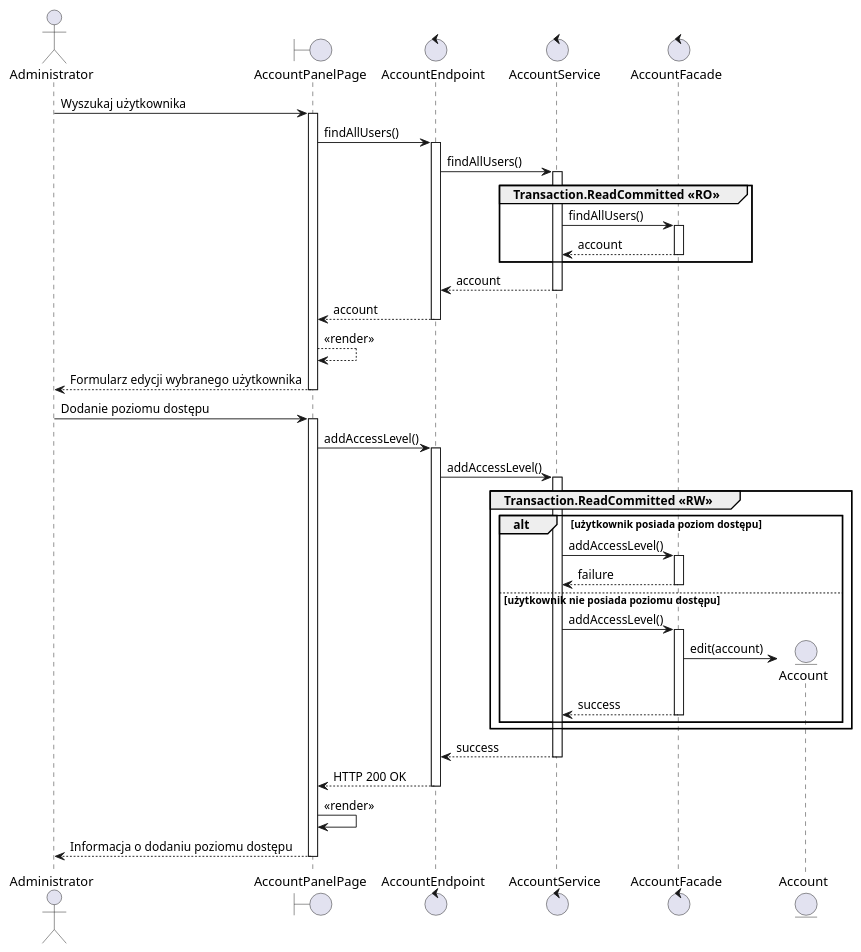
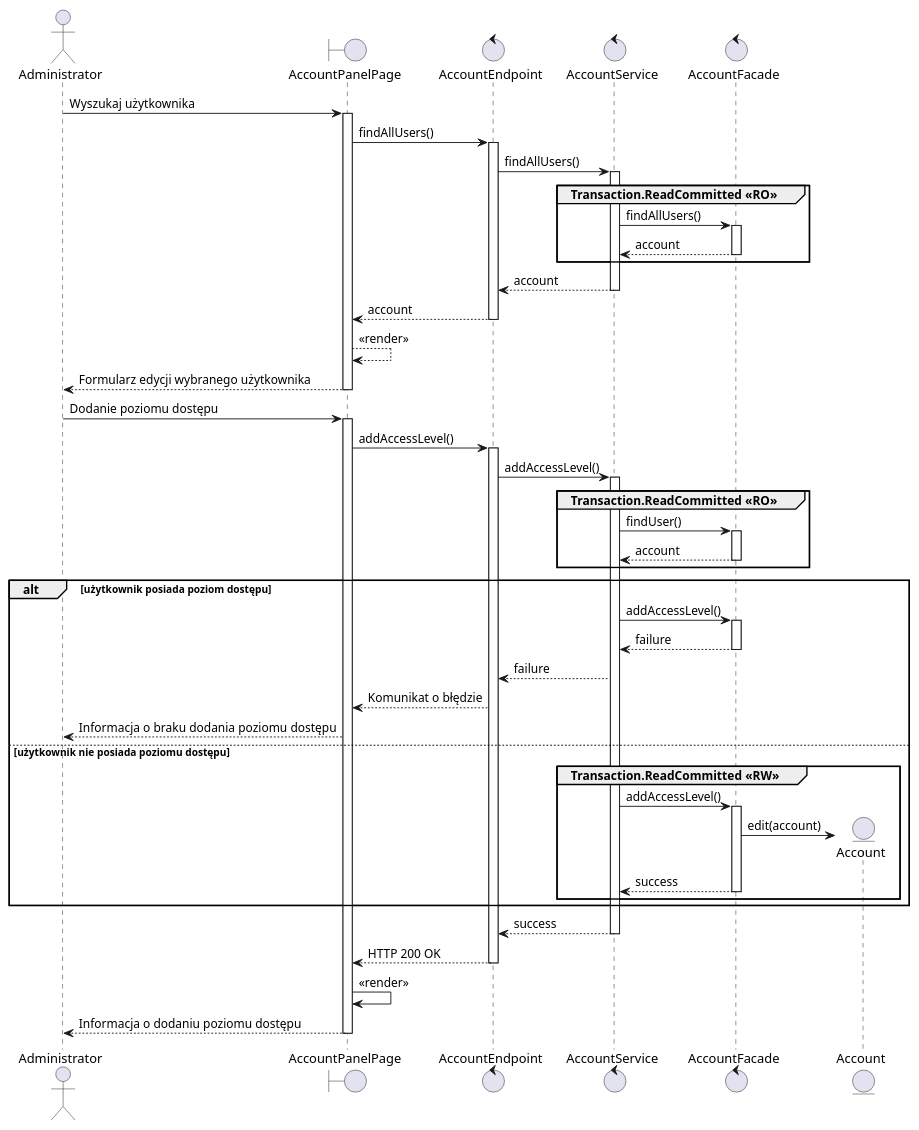
The diagram in src/rozdział 7/mok5.puml (TheVivent-Politechnika-Lodzka/ssbd03_kic_uml), drawn with PlantUML before and after one commit. The commit also changed 2 other files, not shown here.

```diff
--- a/src/rozdział 7/mok5.puml
+++ b/src/rozdział 7/mok5.puml
@@ -1,44 +1,52 @@
 @startuml MOK.5
 
 actor Administrator as admin
 boundary AccountPanelPage as gui
 control AccountEndpoint as controller
 control AccountService as service
 control AccountFacade as facade
 entity Account as account
 
 admin -> gui ++ : Wyszukaj użytkownika
 gui -> controller ++ :  findAllUsers()
 controller -> service ++ : findAllUsers()
 group Transaction.ReadCommitted <<RO>>
     service -> facade ++ : findAllUsers()
     return account
 end
 return account
 return account
 gui --> gui : <<render>>
 return Formularz edycji wybranego użytkownika
 
 admin -> gui ++ : Dodanie poziomu dostępu
 gui -> controller ++ : addAccessLevel()
 controller -> service ++ : addAccessLevel() 
 
-group Transaction.ReadCommitted <<RW>>
-    alt użytkownik posiada poziom dostępu
-        service -> facade ++ : addAccessLevel()
-        return failure
-    else użytkownik nie posiada poziomu dostępu
-    
+group Transaction.ReadCommitted <<RO>>
+    service -> facade ++ : findUser()
+    return account
+end
+
+
+alt użytkownik posiada poziom dostępu
+    service -> facade ++ : addAccessLevel()
+    return failure
+    service --> controller : failure
+    controller --> gui : Komunikat o błędzie
+    gui --> admin : Informacja o braku dodania poziomu dostępu
+else użytkownik nie posiada poziomu dostępu
+    group Transaction.ReadCommitted <<RW>>
         service -> facade ++ : addAccessLevel()
         facade -> account ** : edit(account)
         return success
     end
 end
 
 return success
 return HTTP 200 OK
 gui -> gui : <<render>>
 return Informacja o dodaniu poziomu dostępu
 
 
 @enduml
```
